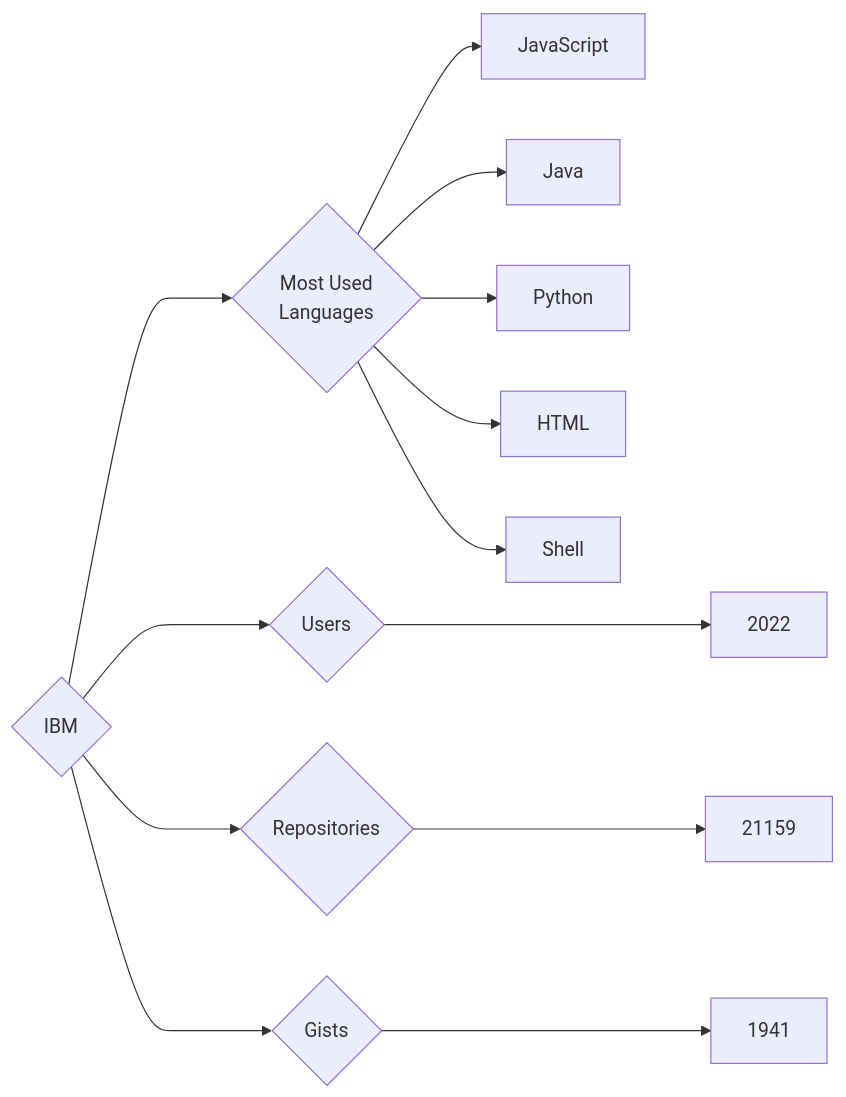
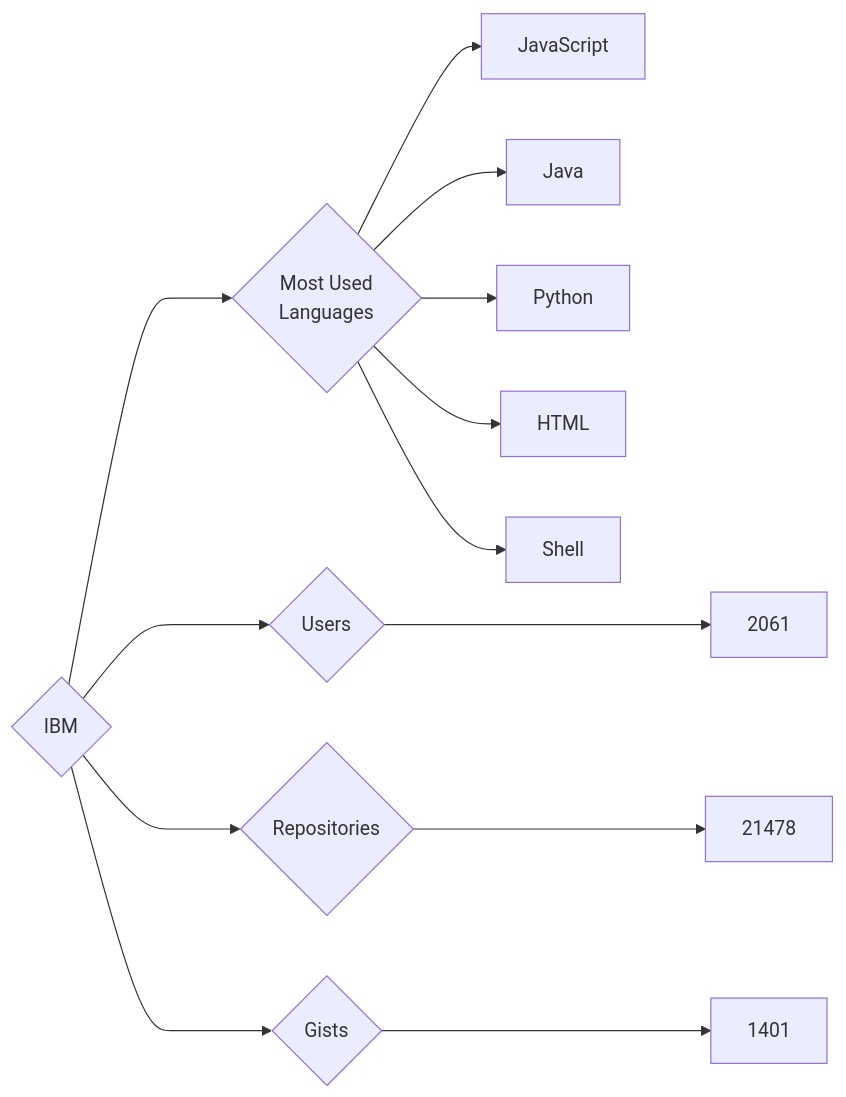
Before and after one commit to trickest/insiders: the diagram in targets/IBM/README.md, drawn with Mermaid. The commit also changed 1084 other files, not shown here.

````diff
--- a/targets/IBM/README.md
+++ b/targets/IBM/README.md
@@ -3,13 +3,13 @@
 ```mermaid
 graph LR
 COMPANY_NAME{IBM}
-COMPANY_NAME ---> U{Users} ---> UN[2022]
-COMPANY_NAME ---> R{Repositories} ---> RN[21159]
-COMPANY_NAME ---> G{Gists} ---> GN[1941]
+COMPANY_NAME ---> U{Users} ---> UN[2061]
+COMPANY_NAME ---> R{Repositories} ---> RN[21478]
+COMPANY_NAME ---> G{Gists} ---> GN[1401]
 COMPANY_NAME ---> ML{Most Used<br>Languages}
 ML --> JavaScript[JavaScript]
 ML --> Java[Java]
 ML --> Python[Python]
 ML --> HTML[HTML]
 ML --> Shell[Shell]
 ```
````
